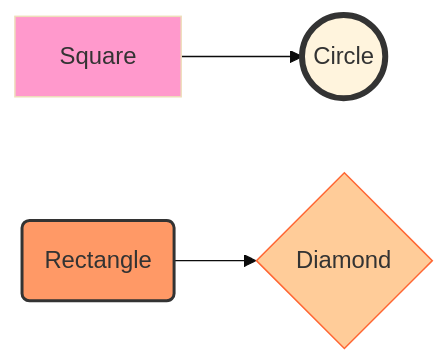
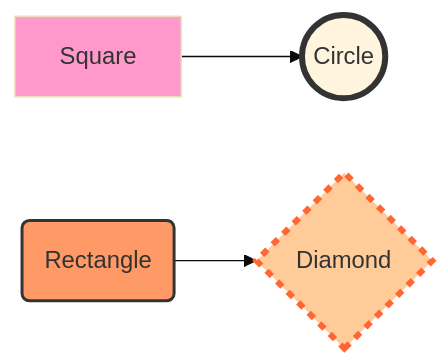
The tenth of 10 diagrams in README.md (qvanse/Mermaid), drawn with Mermaid (base theme) before and after one commit. The commit also changed other lines of this file, not shown here.

````diff
--- a/README.md
+++ b/README.md
@@ -185,9 +186,9 @@
 ```mermaid
 graph LR;  
 A[Square]-->B((Circle));
 C(Rectangle)-->D{Diamond};
 style A fill:#f9c;
 style B stroke:#333,stroke-width:4px;
 style C fill:#f96,stroke:#333,stroke-width:2px;
-style D fill:#fc9,stroke:#f63,stroke-width:4px;stroke-dasharray: 5
+style D fill:#fc9,stroke:#f63,stroke-width:4px,stroke-dasharray:5,width:80px,height:80px;
 ```
````
